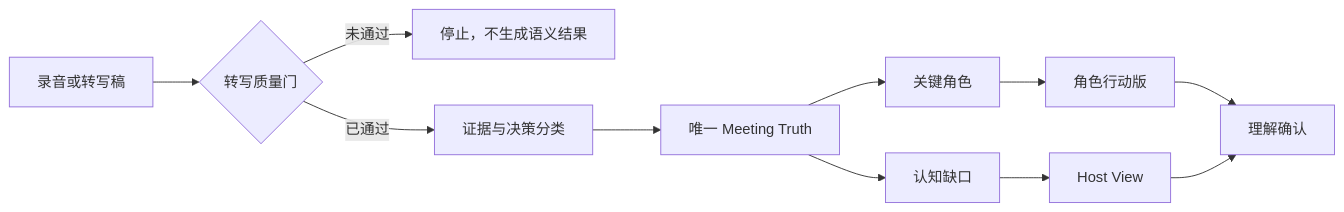
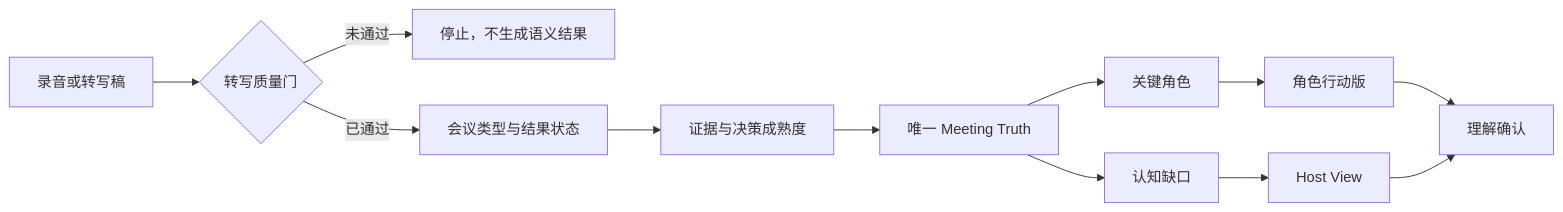
One commit to chiwinzhong/meeting-align changed the diagram in README.zh-CN.md. Above: the diagram before and after it, drawn with Mermaid. The commit also changed other lines of this file and 35 other files, not shown here.

````diff
--- a/README.zh-CN.md
+++ b/README.zh-CN.md
@@ -81,13 +91,14 @@
 ```mermaid
 flowchart LR
     A["录音或转写稿"] --> B{"转写质量门"}
     B -- "未通过" --> X["停止，不生成语义结果"]
-    B -- "已通过" --> C["证据与决策分类"]
-    C --> D["唯一 Meeting Truth"]
-    D --> E["关键角色"]
-    D --> F["认知缺口"]
+    B -- "已通过" --> C["会议类型与结果状态"]
+    C --> D["证据与决策成熟度"]
+    D --> T["唯一 Meeting Truth"]
+    T --> E["关键角色"]
+    T --> F["认知缺口"]
     E --> G["角色行动版"]
     F --> H["Host View"]
     G --> I["理解确认"]
     H --> I
 ```
````
